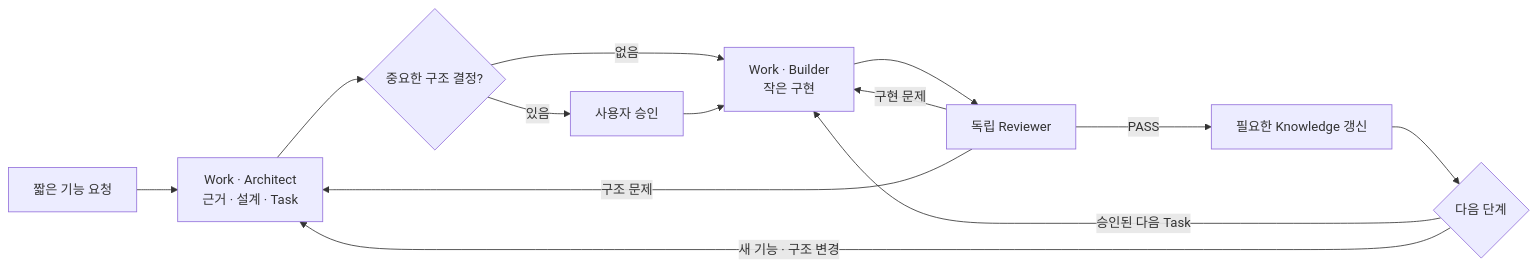
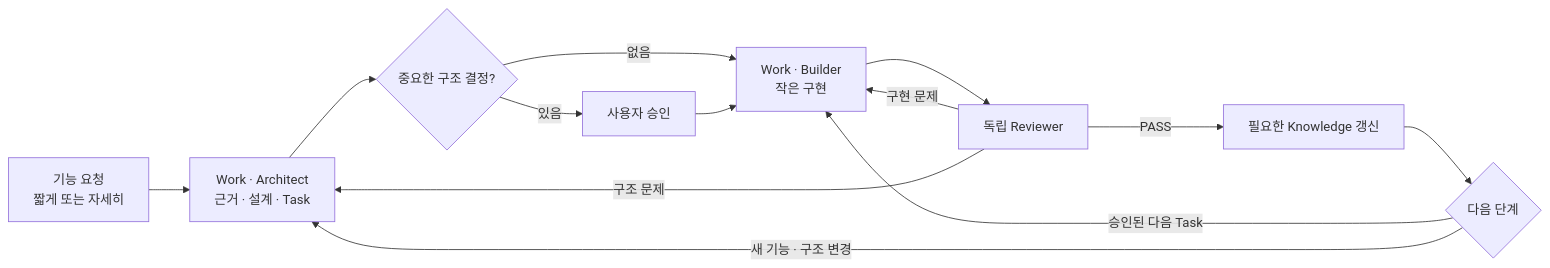
The first of 2 diagrams in README.md (yeomin-yoon/AI-Dev-Workflow), drawn with Mermaid before and after one commit. The commit also changed other lines of this file and 37 other files, not shown here.

````diff
--- a/README.md
+++ b/README.md
@@ -42,15 +54,15 @@
 ```mermaid
 flowchart LR
-    Seed["짧은 기능 요청"] --> Design["Work · Architect<br/>근거 · 설계 · Task"]
+    Seed["기능 요청<br/>짧게 또는 자세히"] --> Design["Work · Architect<br/>근거 · 설계 · Task"]
     Design --> Gate{"중요한 구조 결정?"}
     Gate -->|있음| User["사용자 승인"]
     Gate -->|없음| Build["Work · Builder<br/>작은 구현"]
     User --> Build
     Build --> Review["독립 Reviewer"]
     Review -->|구현 문제| Build
     Review -->|구조 문제| Design
     Review -->|PASS| Sync["필요한 Knowledge 갱신"]
     Sync --> Next{"다음 단계"}
     Next -->|승인된 다음 Task| Build
     Next -->|새 기능 · 구조 변경| Design
 ```
````
